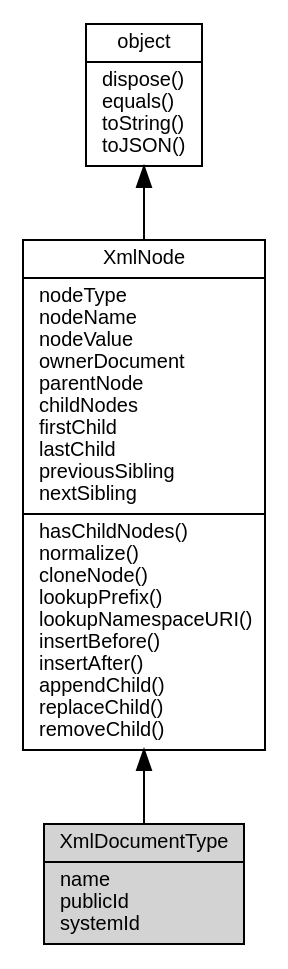
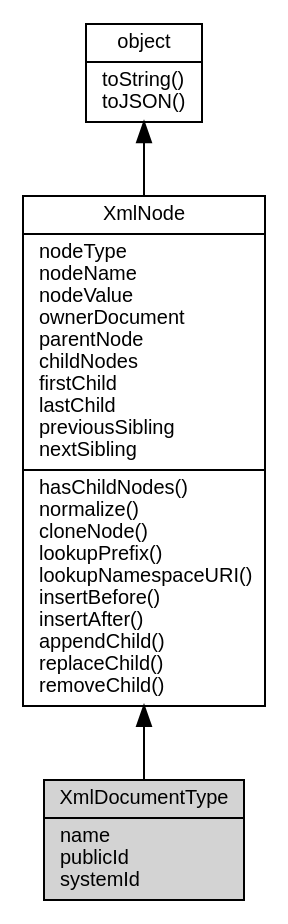
The diagram in docs/object/ifs/XmlDocumentType.md (asionius/fibjs-ceph), drawn with Graphviz before and after one commit. The commit also changed other lines of this file and 138 other files, not shown here.

````diff
--- a/docs/object/ifs/XmlDocumentType.md
+++ b/docs/object/ifs/XmlDocumentType.md
@@ -5,12 +5,12 @@
 ```dot
 digraph {
     node [fontname="Helvetica,sans-Serif", fontsize=10, shape="record", style="filled", fillcolor="white"];
 
-    object [tooltip="object", URL="object.md", label="{object|dispose()\lequals()\ltoString()\ltoJSON()\l}"];
+    object [tooltip="object", URL="object.md", label="{object|toString()\ltoJSON()\l}"];
     XmlNode [tooltip="XmlNode", URL="XmlNode.md", label="{XmlNode|nodeType\lnodeName\lnodeValue\lownerDocument\lparentNode\lchildNodes\lfirstChild\llastChild\lpreviousSibling\lnextSibling\l|hasChildNodes()\lnormalize()\lcloneNode()\llookupPrefix()\llookupNamespaceURI()\linsertBefore()\linsertAfter()\lappendChild()\lreplaceChild()\lremoveChild()\l}"];
-    XmlDocumentType [tooltip="XmlDocumentType", fillcolor="lightgray", label="{XmlDocumentType|name\lpublicId\lsystemId\l}"];
+    XmlDocumentType [tooltip="XmlDocumentType", fillcolor="lightgray", id="me", label="{XmlDocumentType|name\lpublicId\lsystemId\l}"];
 
     object -> XmlNode [dir=back];
     XmlNode -> XmlDocumentType [dir=back];
 }
 ```
````
